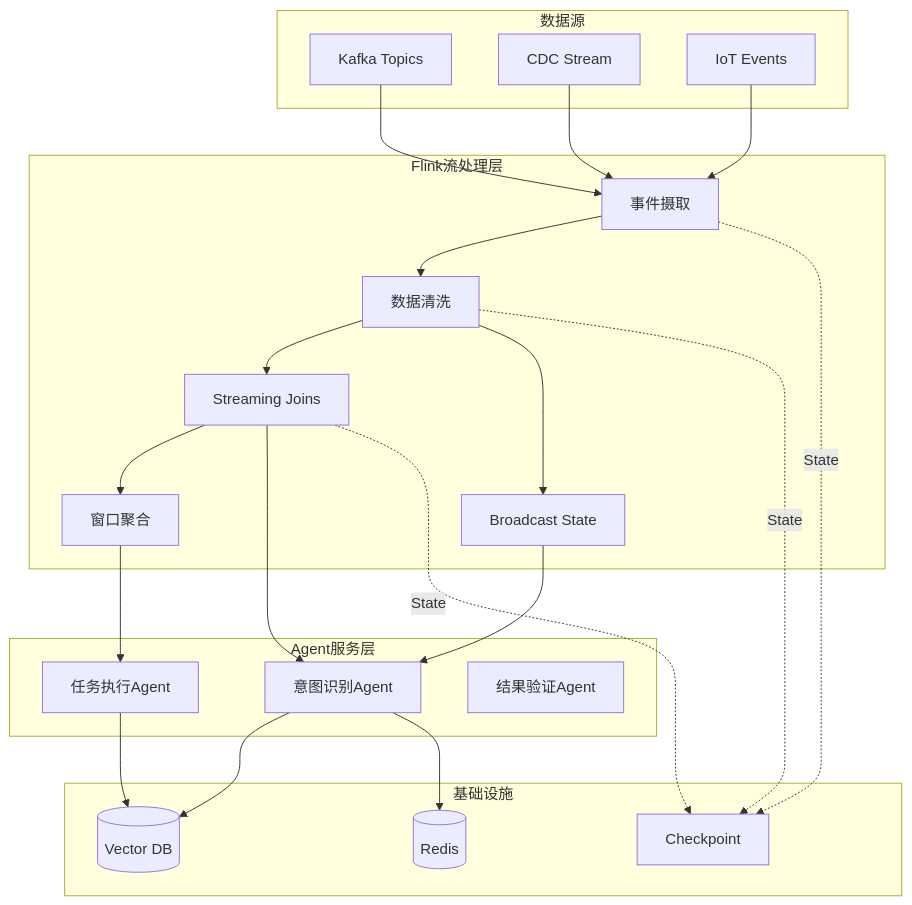
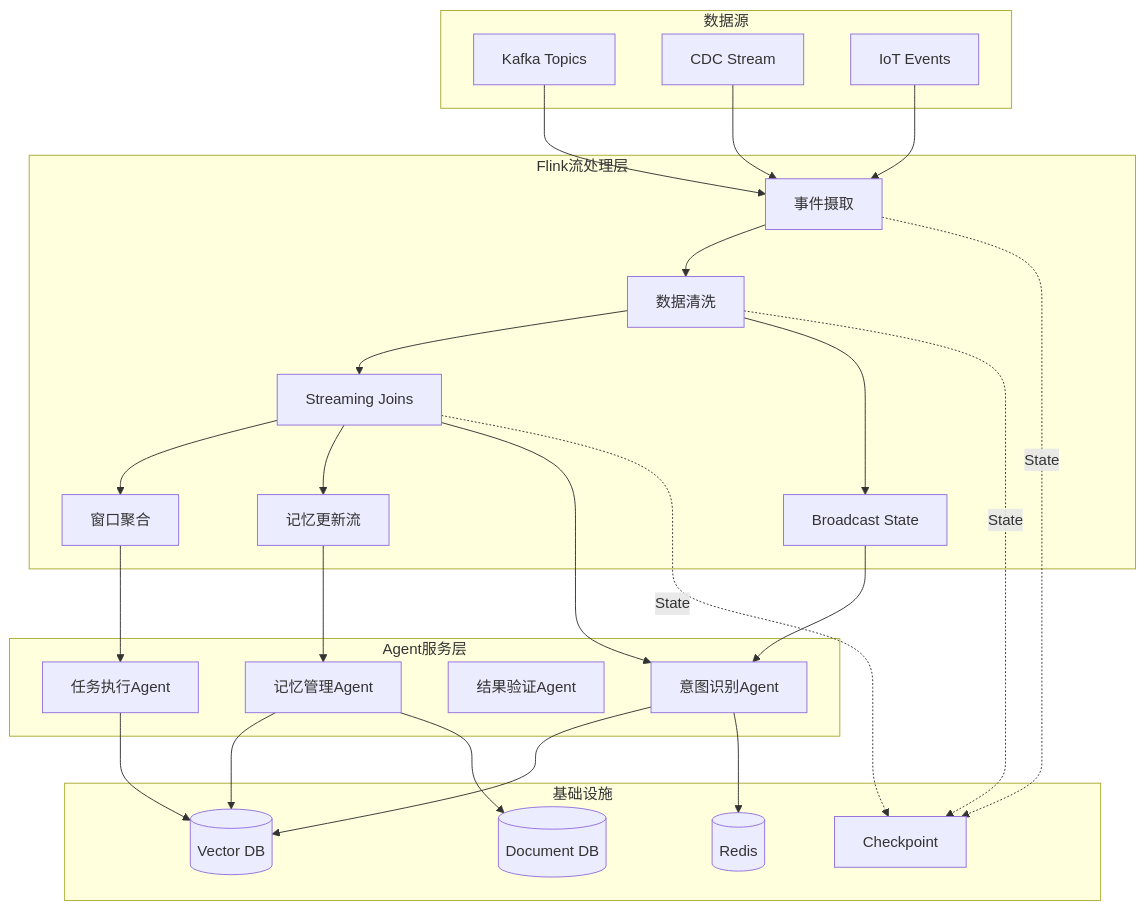
Diagram 17 of 18 in Knowledge/06-frontier/ai-agent-streaming-architecture.md (AdaMartin18010/AnalysisDataFlow), drawn with Mermaid before and after one commit. The commit also changed other lines of this file and 202 other files, not shown here.

````diff
--- a/Knowledge/06-frontier/ai-agent-streaming-architecture.md
+++ b/Knowledge/06-frontier/ai-agent-streaming-architecture.md
@@ -1308,49 +1513,56 @@
 ```mermaid
 graph TB
     subgraph "数据源"
         K[Kafka Topics]
         C[CDC Stream]
         I[IoT Events]
     end
 
     subgraph "Flink流处理层"
         F1[事件摄取]
         F2[数据清洗]
         F3[Streaming Joins]
         F4[Broadcast State]
         F5[窗口聚合]
+        F6[记忆更新流]
     end
 
     subgraph "Agent服务层"
         A1[意图识别Agent]
         A2[任务执行Agent]
         A3[结果验证Agent]
+        A4[记忆管理Agent]
     end
 
     subgraph "基础设施"
         V[(Vector DB)]
         R[(Redis)]
+        D[(Document DB)]
         CK[Checkpoint]
     end
 
     K --> F1
     C --> F1
     I --> F1
 
     F1 --> F2
     F2 --> F3
     F2 --> F4
     F3 --> F5
+    F3 --> F6
 
     F3 --> A1
     F4 --> A1
     F5 --> A2
+    F6 --> A4
 
     A1 --> V
     A1 --> R
     A2 --> V
+    A4 --> V
+    A4 --> D
 
     F1 -.->|State| CK
     F2 -.->|State| CK
     F3 -.->|State| CK
 ```
````
